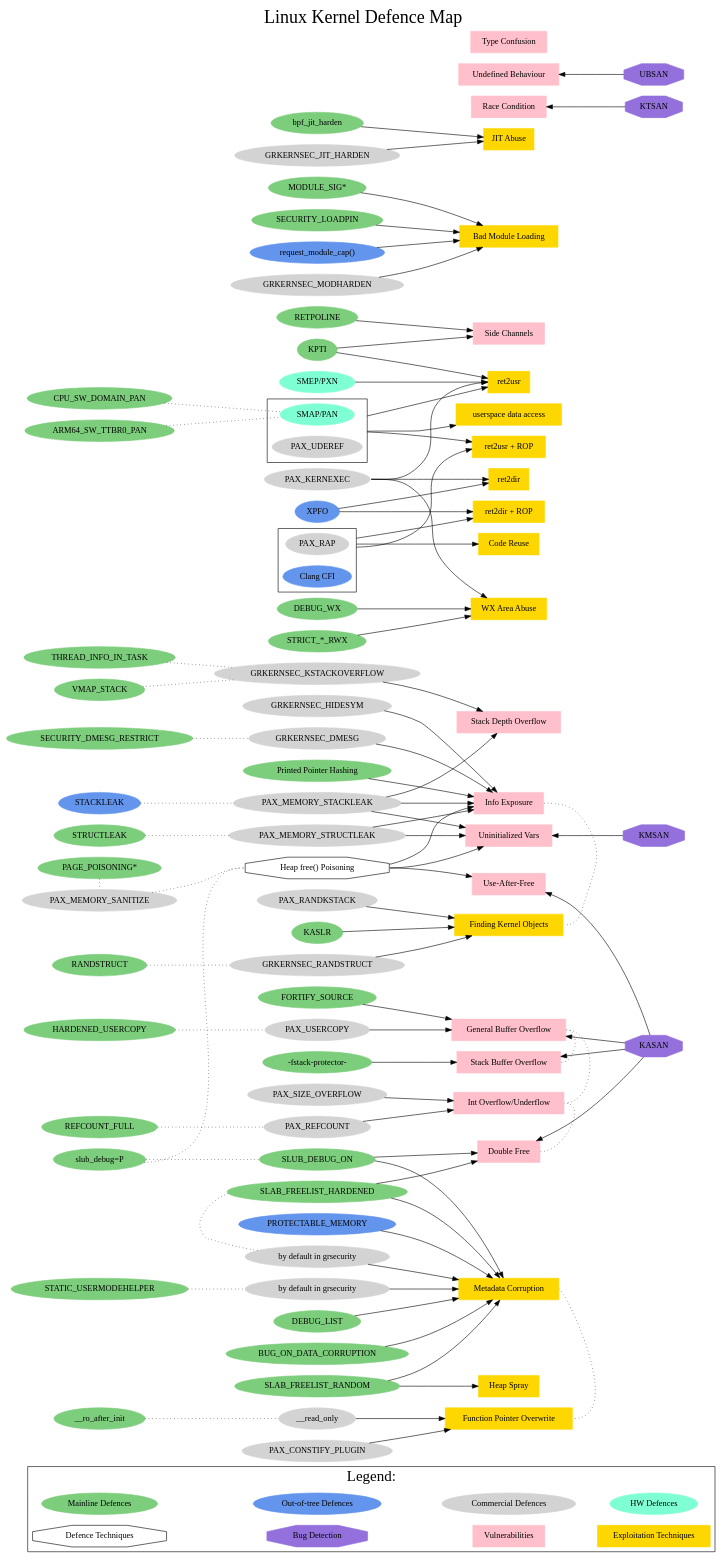
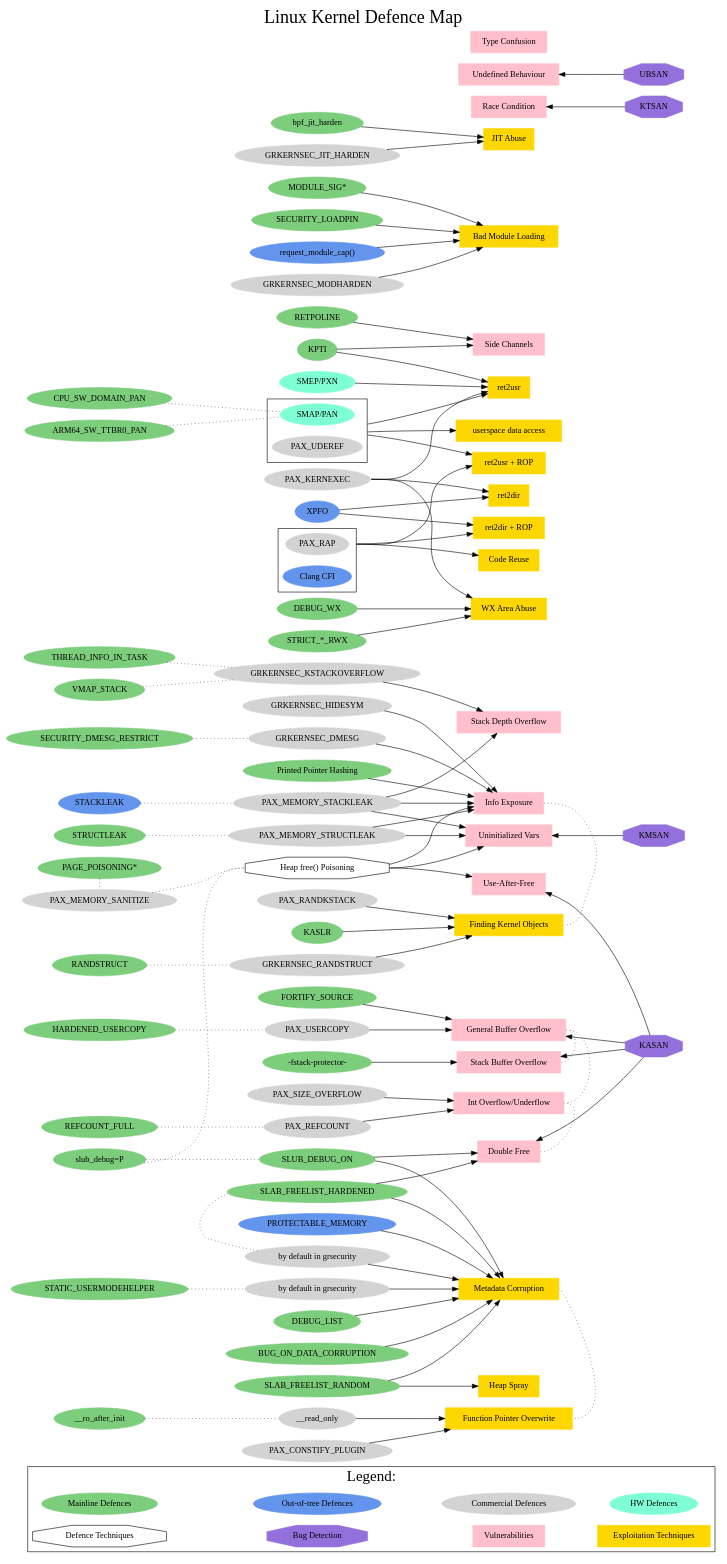
The diagram in linux-kernel-defence-map.dot (a13xp0p0v/linux-kernel-defence-map), drawn with Graphviz before and after one commit.

Commit message:
Make ROP connections pretty again

```diff
--- a/linux-kernel-defence-map.dot
+++ b/linux-kernel-defence-map.dot
@@ -291,7 +291,7 @@
 
   "SLAB_FREELIST_RANDOM" -> "Heap Spray";
 
-  "PAX_RAP" -> "Code Reuse" [ltail=cluster_cfi];
+  "PAX_RAP":e -> "Code Reuse" [ltail=cluster_cfi];
 
   "PAX_KERNEXEC":e -> "ret2usr";
   "KPTI" -> "ret2usr";
@@ -300,14 +300,14 @@
 
   "PAX_UDEREF":ne -> "userspace data access" [ltail=cluster_smap_pan_uderef];
 
-  "PAX_UDEREF":ne -> "ret2usr + ROP" [ltail=cluster_smap_pan_uderef, weight=4];
-  "PAX_RAP" -> "ret2usr + ROP" [ltail=cluster_cfi];
+  "PAX_UDEREF":ne -> "ret2usr + ROP" [ltail=cluster_smap_pan_uderef];
+  "PAX_RAP":e -> "ret2usr + ROP" [ltail=cluster_cfi];
 
   "PAX_KERNEXEC":e -> "ret2dir";
   "XPFO" -> "ret2dir";
 
   "XPFO" -> "ret2dir + ROP";
-  "PAX_RAP" -> "ret2dir + ROP" [ltail=cluster_cfi];
+  "PAX_RAP":e -> "ret2dir + ROP" [ltail=cluster_cfi];
 
   "KASLR" -> "Finding Kernel Objects";
   "GRKERNSEC_RANDSTRUCT" -> "Finding Kernel Objects";
```
